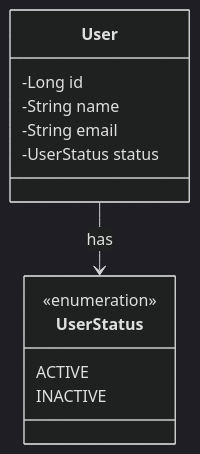
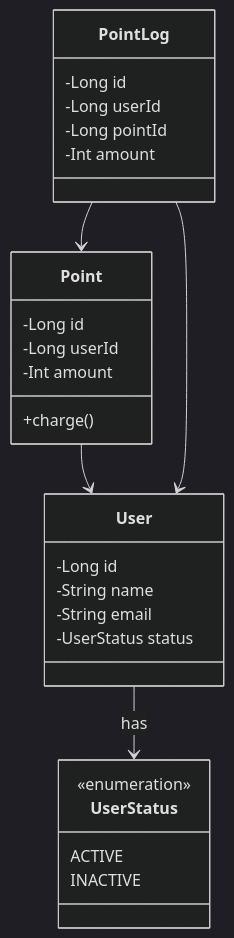
One commit to DuhanMo/emotional-commerce changed the first of 5 diagrams in docs/design/03-class-diagrams.md. Above: the diagram before and after it, drawn with Mermaid (dark theme). The commit also changed other lines of this file, not shown here.

Commit message:
fix: 클래스 다이어그램 수정

````diff
--- a/docs/design/03-class-diagrams.md
+++ b/docs/design/03-class-diagrams.md
@@ -3,17 +3,34 @@
 ```mermaid
 classDiagram
     class User {
         -Long id
         -String name
         -String email
         -UserStatus status
     }
     
     class UserStatus {
         <<enumeration>>
         ACTIVE
         INACTIVE
     }
     
+    class Point {
+        -Long id
+        -Long userId
+        -Int amount
+        +charge()
+    }
+    
+    class PointLog {
+        -Long id
+        -Long userId
+        -Long pointId
+        -Int amount
+    }
+    
     User --> UserStatus : has 
+    Point --> User
+    PointLog --> User
+    PointLog --> Point
 ```
````
